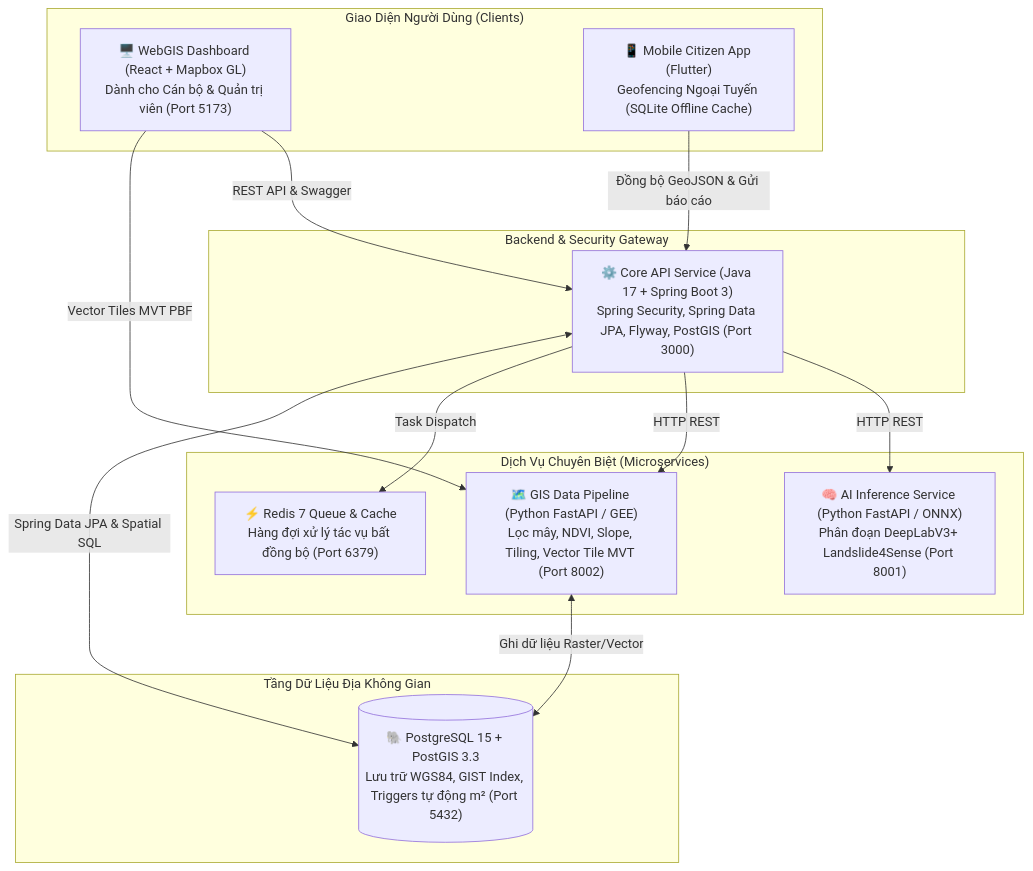
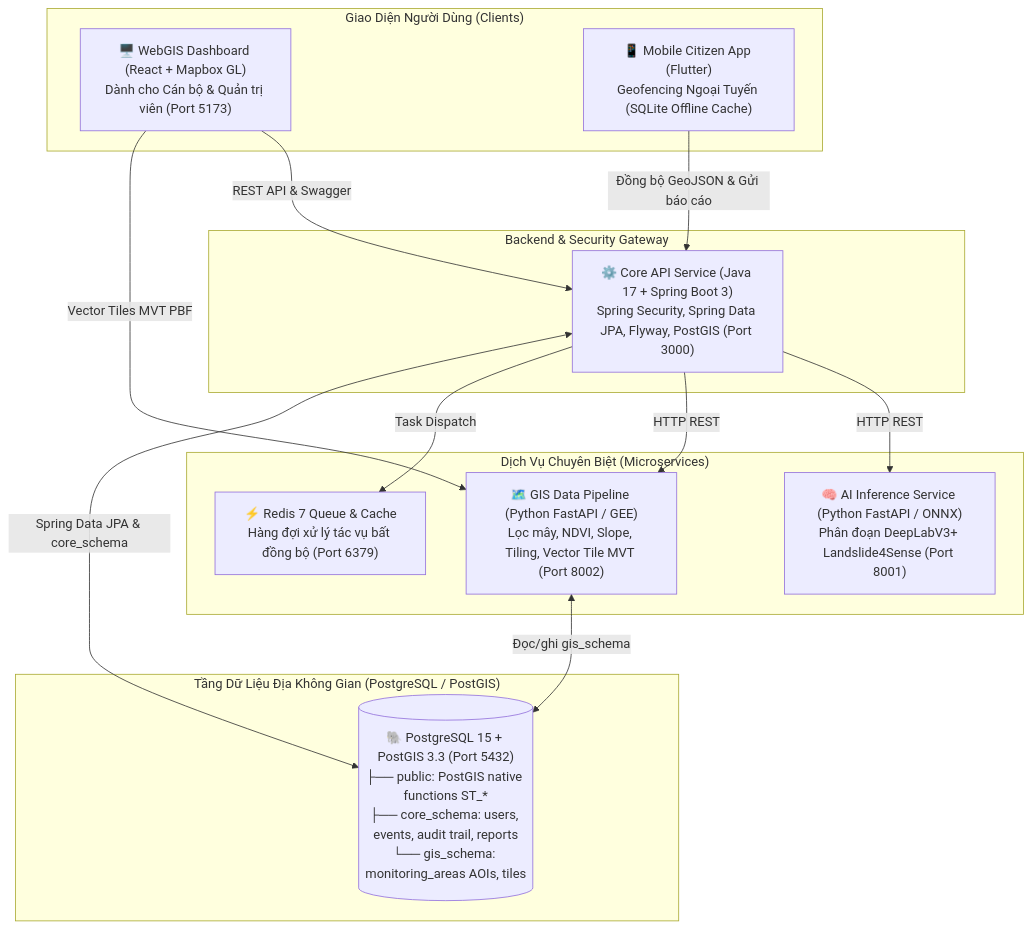
The diagram in README.md (Duan0603/TerraWatch), drawn with Mermaid before and after one commit. The commit also changed other lines of this file and 17 other files, not shown here.

Commit message:
fix(ci): remove unneeded flyway-database-postgresql and implement Schema-per-Service architecture (core_schema, gis_schema)

````diff
--- a/README.md
+++ b/README.md
@@ -43,31 +43,31 @@
 ```mermaid
 graph TD
     subgraph Clients ["Giao Diện Người Dùng (Clients)"]
         WebGIS["🖥️ WebGIS Dashboard (React + Mapbox GL)<br/>Dành cho Cán bộ & Quản trị viên (Port 5173)"]
         MobileApp["📱 Mobile Citizen App (Flutter)<br/>Geofencing Ngoại Tuyến (SQLite Offline Cache)"]
     end
 
     subgraph CoreBackend ["Backend & Security Gateway"]
         CoreAPI["⚙️ Core API Service (Java 17 + Spring Boot 3)<br/>Spring Security, Spring Data JPA, Flyway, PostGIS (Port 3000)"]
     end
 
     subgraph SpecializedServices ["Dịch Vụ Chuyên Biệt (Microservices)"]
         AIService["🧠 AI Inference Service (Python FastAPI / ONNX)<br/>Phân đoạn DeepLabV3+ Landslide4Sense (Port 8001)"]
         GISService["🗺️ GIS Data Pipeline (Python FastAPI / GEE)<br/>Lọc mây, NDVI, Slope, Tiling, Vector Tile MVT (Port 8002)"]
         RedisQueue["⚡ Redis 7 Queue & Cache<br/>Hàng đợi xử lý tác vụ bất đồng bộ (Port 6379)"]
     end
 
-    subgraph SpatialData ["Tầng Dữ Liệu Địa Không Gian"]
-        PostGIS[("🐘 PostgreSQL 15 + PostGIS 3.3<br/>Lưu trữ WGS84, GIST Index, Triggers tự động m² (Port 5432)")]
+    subgraph SpatialData ["Tầng Dữ Liệu Địa Không Gian (PostgreSQL / PostGIS)"]
+        PostGIS[("🐘 PostgreSQL 15 + PostGIS 3.3 (Port 5432)<br/>├── public: PostGIS native functions ST_*<br/>├── core_schema: users, events, audit trail, reports<br/>└── gis_schema: monitoring_areas AOIs, tiles")]
     end
 
     WebGIS -->|REST API & Swagger| CoreAPI
     WebGIS -->|Vector Tiles MVT PBF| GISService
     MobileApp -->|Đồng bộ GeoJSON & Gửi báo cáo| CoreAPI
 
     CoreAPI -->|HTTP REST| AIService
     CoreAPI -->|HTTP REST| GISService
     CoreAPI -->|Task Dispatch| RedisQueue
-    CoreAPI <-->|Spring Data JPA & Spatial SQL| PostGIS
-    GISService <-->|Ghi dữ liệu Raster/Vector| PostGIS
+    CoreAPI <-->|Spring Data JPA & core_schema| PostGIS
+    GISService <-->|Đọc/ghi gis_schema| PostGIS
 ```
````
